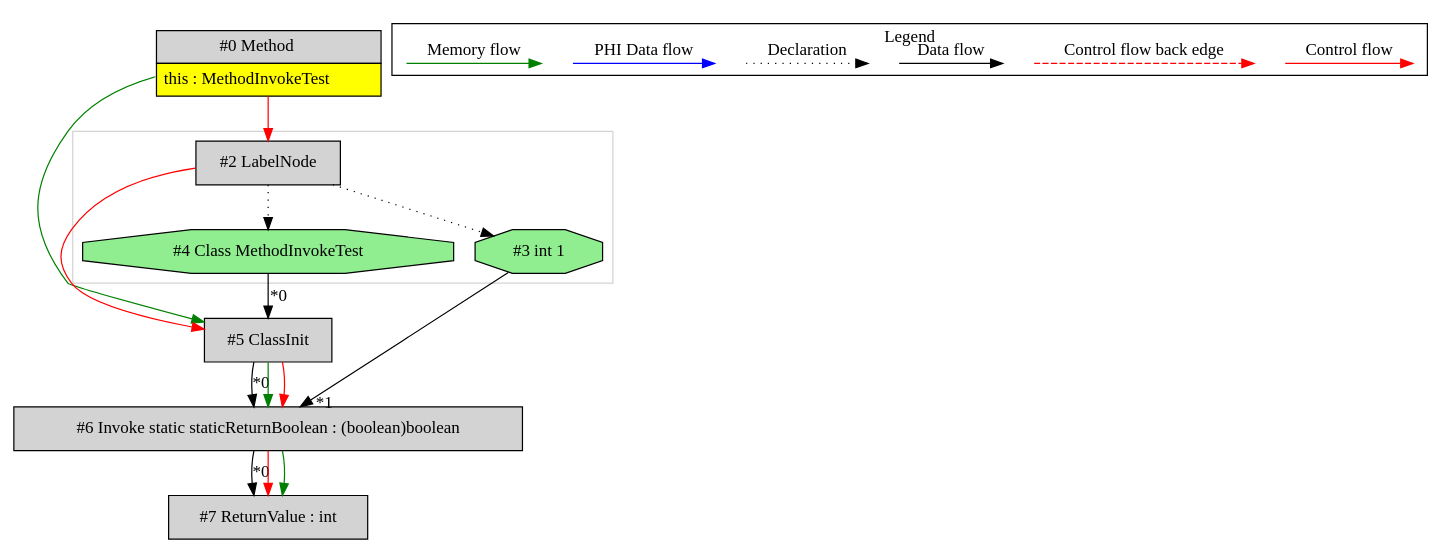
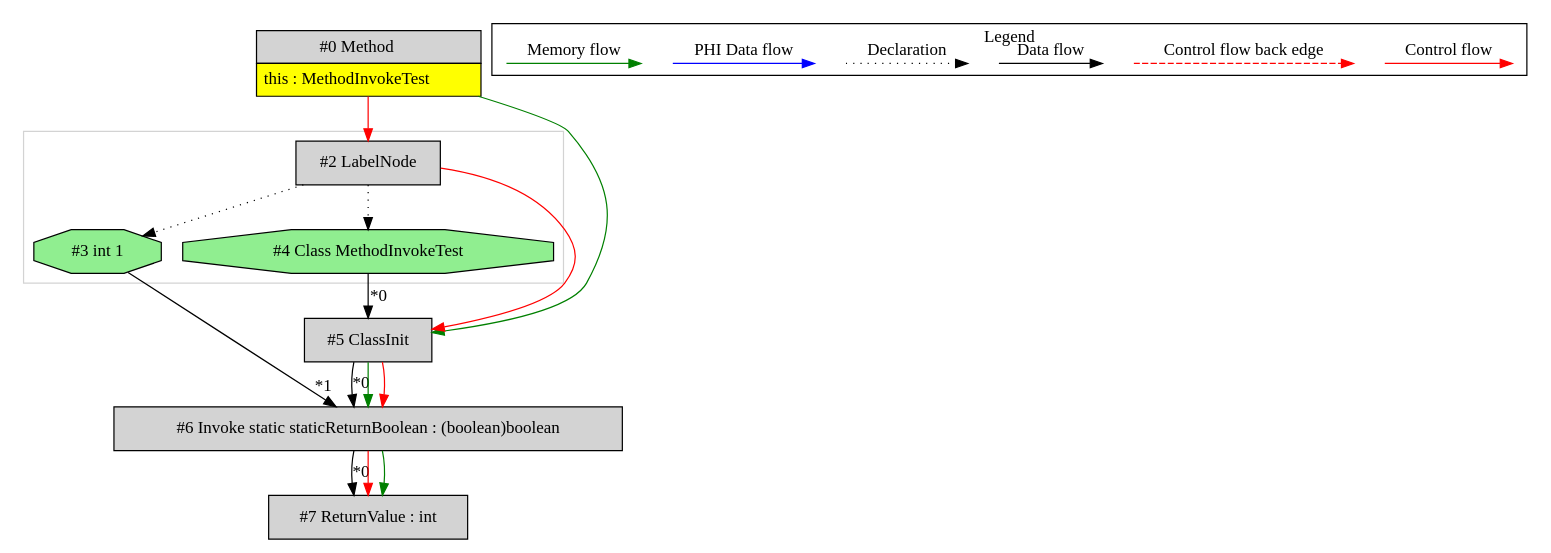
One commit to mirkosertic/MetaIR changed the diagram in de.mirkosertic.metair.ir.examples.MethodInvokeTest/returnBoolean/ir.dot. Above: the diagram before and after it, drawn with Graphviz. The commit also changed other lines of this file and 465 other files, not shown here.

```diff
--- a/de.mirkosertic.metair.ir.examples.MethodInvokeTest/returnBoolean/ir.dot
+++ b/de.mirkosertic.metair.ir.examples.MethodInvokeTest/returnBoolean/ir.dot
@@ -1,55 +1,55 @@
 digraph {
  ordering="in";
  node0[margin="0", label=<<table border="0" cellborder="1" cellspacing="0" cellpadding="5"><tr><td colspan="1">#0 Method</td></tr><tr><td port="prj1" bgcolor="yellow">this : MethodInvokeTest</td></tr></table>>,shape=none, fillcolor=lightgrey, style=filled];
- node5[label="#5 ClassInit",shape=box, fillcolor=lightgrey, style=filled];
- node4 -> node5[headlabel="*0", labeldistance=2];
- node0 -> node5[labeldistance=2, color=green, constraint=false];
- node2 -> node5[labeldistance=2, color=red, fontcolor=red];
  node2[label="#2 LabelNode",shape=box, fillcolor=lightgrey, style=filled];
  node0 -> node2[labeldistance=2, color=red, fontcolor=red];
- node4[label="#4 Class MethodInvokeTest",shape=octagon, fillcolor=lightgreen, style=filled];
- node2 -> node4[style=dotted];
  node3[label="#3 int 1",shape=octagon, fillcolor=lightgreen, style=filled];
  node2 -> node3[style=dotted];
  node6[label="#6 Invoke static staticReturnBoolean : (boolean)boolean",shape=box, fillcolor=lightgrey, style=filled];
  node5 -> node6[headlabel="*0", labeldistance=2];
  node3 -> node6[headlabel="*1", labeldistance=2];
  node5 -> node6[labeldistance=2, color=green, constraint=false];
  node5 -> node6[labeldistance=2, color=red, fontcolor=red];
+ node5[label="#5 ClassInit",shape=box, fillcolor=lightgrey, style=filled];
+ node4 -> node5[headlabel="*0", labeldistance=2];
+ node0 -> node5[labeldistance=2, color=green, constraint=false];
+ node2 -> node5[labeldistance=2, color=red, fontcolor=red];
+ node4[label="#4 Class MethodInvokeTest",shape=octagon, fillcolor=lightgreen, style=filled];
+ node2 -> node4[style=dotted];
  node7[label="#7 ReturnValue : int",shape=box, fillcolor=lightgrey, style=filled];
  node6 -> node7[headlabel="*0", labeldistance=2];
  node6 -> node7[labeldistance=2, color=red, fontcolor=red];
  node6 -> node7[labeldistance=2, color=green, constraint=false];
  subgraph cluster_0 {
   color=lightgray;
   node2;
   node3;
   node4;
  }
  subgraph cluster_000 {
   label = "Legend";
   node [shape=point]
   {
    rank=same;
    c0 [style = invis];
    c1 [style = invis];
    c2 [style = invis];
    c3 [style = invis];
    d0 [style = invis];
    d1 [style = invis];
    d2 [style = invis];
    d3 [style = invis];
    d4 [style = invis];
    d5 [style = invis];
    d6 [style = invis];
    d7 [style = invis];
   }
   c0 -> c1 [label="Control flow", style=solid, color=red]
   c2 -> c3 [label="Control flow back edge", style=dashed, color=red]
   d0 -> d1 [label="Data flow"]
   d2 -> d3 [label="Declaration", style=dotted]
   d4 -> d5 [label="PHI Data flow", color=blue]
   d6 -> d7 [label="Memory flow", color=green]
  }
 
 }
```
